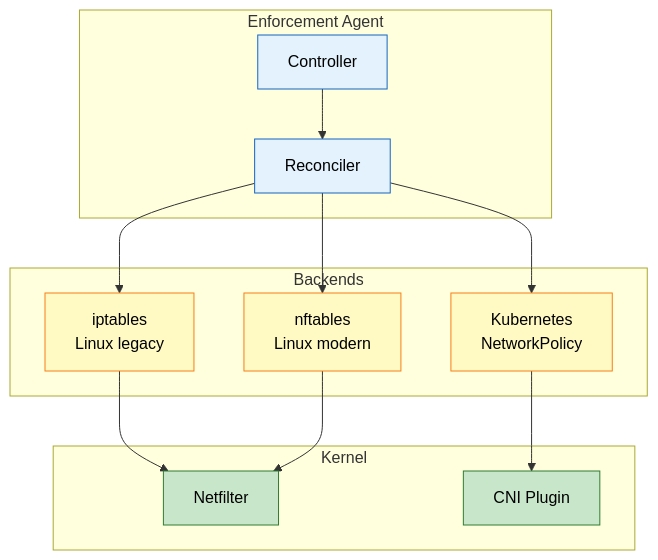
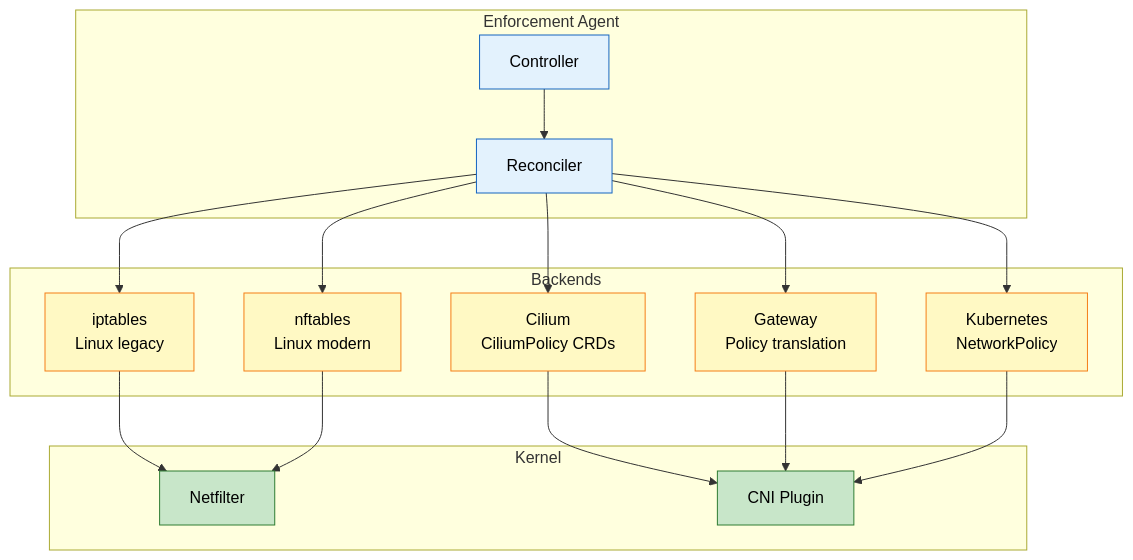
The ninth of 14 diagrams in docs/design/DATA_FLOW.md (EveShark/CyberMesh), drawn with Mermaid before and after one commit. The commit also changed other lines of this file and 49 other files, not shown here.

````diff
--- a/docs/design/DATA_FLOW.md
+++ b/docs/design/DATA_FLOW.md
@@ -304,31 +315,35 @@
 ```mermaid
 flowchart TB
     subgraph Agent["Enforcement Agent"]
         C[Controller]
         R[Reconciler]
     end
     
     subgraph Backends
+        CIL[Cilium<br/>CiliumPolicy CRDs]
+        GW[Gateway<br/>Policy translation]
         IPT[iptables<br/>Linux legacy]
         NFT[nftables<br/>Linux modern]
         K8S[Kubernetes<br/>NetworkPolicy]
     end
     
     subgraph Kernel
         NF[Netfilter]
         CNI[CNI Plugin]
     end
     
     C --> R
+    R --> CIL --> CNI
+    R --> GW --> CNI
     R --> IPT --> NF
     R --> NFT --> NF
     R --> K8S --> CNI
     
     classDef agent fill:#e3f2fd,stroke:#1565c0,color:#000;
     classDef backend fill:#fff9c4,stroke:#f57f17,color:#000;
     classDef kernel fill:#c8e6c9,stroke:#2e7d32,color:#000;
     
     class C,R agent;
-    class IPT,NFT,K8S backend;
+    class CIL,GW,IPT,NFT,K8S backend;
     class NF,CNI kernel;
 ```
````
